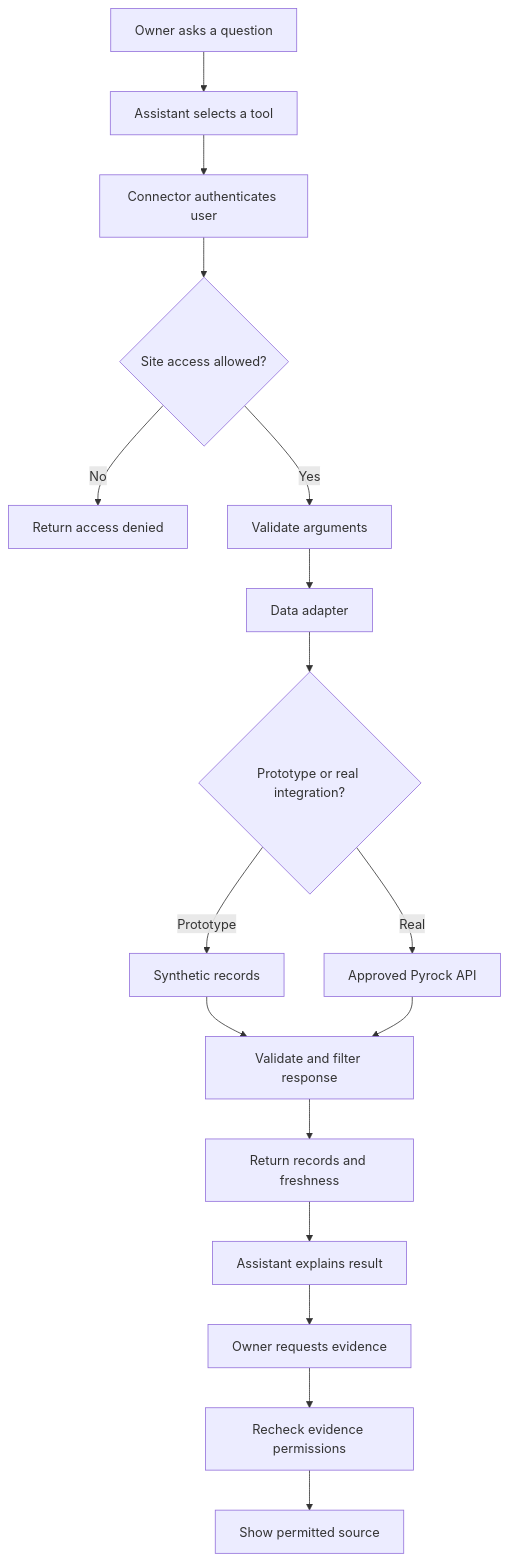
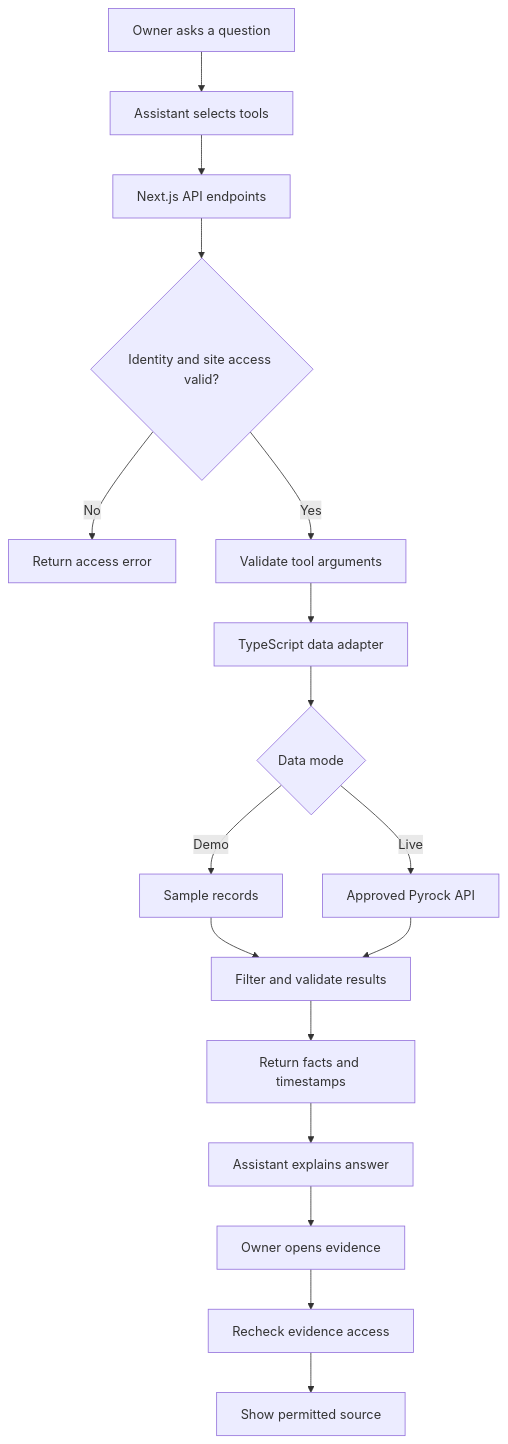
One commit to Priyaanshuuu/Pyrock_connector changed the diagram in Docs/04_Flow.md. Above: the diagram before and after it, drawn with Mermaid. The commit also changed other lines of this file and 35 other files, not shown here.

````diff
--- a/Docs/04_Flow.md
+++ b/Docs/04_Flow.md
@@ -11,19 +13,19 @@
 ```mermaid
 flowchart TD
-    A[Owner asks a question] --> B[Assistant selects a tool]
-    B --> C[Connector authenticates user]
-    C --> D{Site access allowed?}
-    D -->|No| E[Return access denied]
-    D -->|Yes| F[Validate arguments]
-    F --> G[Data adapter]
-    G --> H{Prototype or real integration?}
-    H -->|Prototype| I[Synthetic records]
-    H -->|Real| J[Approved Pyrock API]
-    I --> K[Validate and filter response]
+    A[Owner asks a question] --> B[Assistant selects tools]
+    B --> C[Next.js API endpoints]
+    C --> D{Identity and site access valid?}
+    D -->|No| E[Return access error]
+    D -->|Yes| F[Validate tool arguments]
+    F --> G[TypeScript data adapter]
+    G --> H{Data mode}
+    H -->|Demo| I[Sample records]
+    H -->|Live| J[Approved Pyrock API]
+    I --> K[Filter and validate results]
     J --> K
-    K --> L[Return records and freshness]
-    L --> M[Assistant explains result]
-    M --> N[Owner requests evidence]
-    N --> O[Recheck evidence permissions]
+    K --> L[Return facts and timestamps]
+    L --> M[Assistant explains answer]
+    M --> N[Owner opens evidence]
+    N --> O[Recheck evidence access]
     O --> P[Show permitted source]
 ```
````
